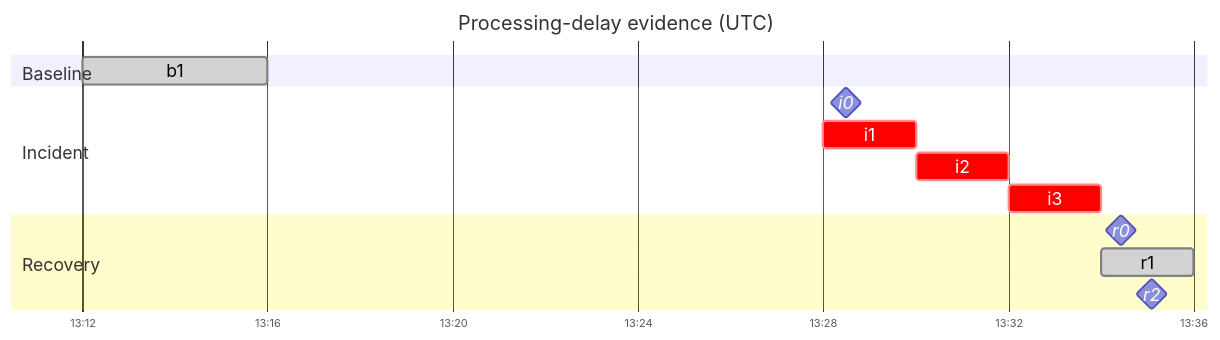
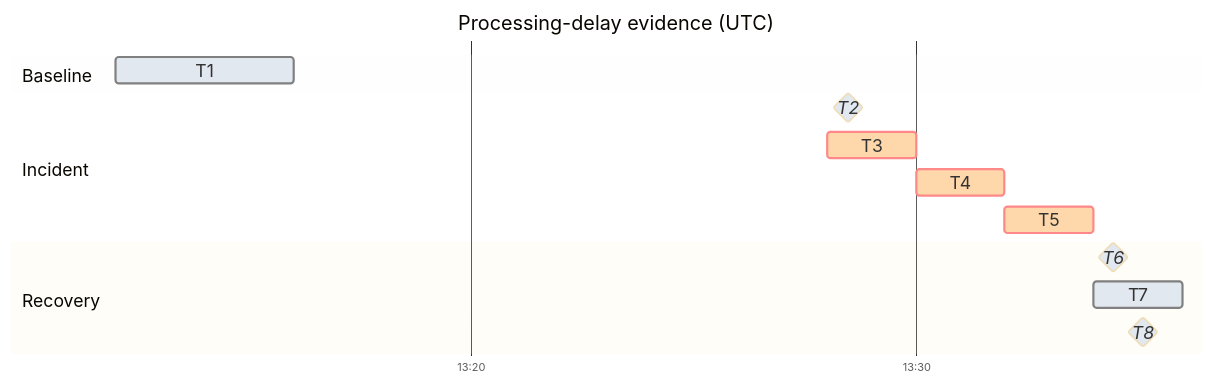
Before and after one commit to yeongseon/azure-functions-practical-guide: the fifth of 5 diagrams in docs/troubleshooting/lab-guides/event-hub-checkpoint-lag.md, drawn with Mermaid. The commit also changed other lines of this file and 1 other file, not shown here.

First line of the commit message:
docs(diagrams): improve processing-delay gantt legibility in both palettes

````diff
--- a/docs/troubleshooting/lab-guides/event-hub-checkpoint-lag.md
+++ b/docs/troubleshooting/lab-guides/event-hub-checkpoint-lag.md
@@ -964,21 +964,21 @@
 ```mermaid
-%%{init: {'gantt': {'fontSize': 16, 'sectionFontSize': 16, 'leftPadding': 65, 'rightPadding': 25, 'barHeight': 25}, 'themeVariables': {'fontSize': '16px'}}}%%
+%%{init: {"gantt":{"fontSize":16,"sectionFontSize":16,"leftPadding":95,"rightPadding":35,"barHeight":24,"barGap":10},"theme":"base","themeVariables":{"doneTaskBkgColor":"#e2e8f0","critBkgColor":"#fed7aa","taskBkgColor":"#e2e8f0"},"themeCSS":".grid .tick text{font-size:16px;fill:var(--md-default-fg-color);} .section{opacity:0;} .titleText{font-size:14px;fill:var(--md-default-fg-color);} .sectionTitle{fill:var(--md-default-fg-color);} .taskTextOutsideLeft,.taskTextOutsideRight{fill:var(--md-default-fg-color)!important;} .taskText{fill:#14202e!important;}"}}%%
 gantt
     accTitle: Historical processing-delay evidence timeline
     accDescr: UTC baseline, incident and recovery bins and delay-control milestones from the retained execution ledger. Short task keys are expanded below. All original start times, durations and statuses remain; this is not new Azure validation or a checkpoint-lag measurement.
     title Processing-delay evidence (UTC)
     dateFormat  HH:mm:ss
     axisFormat  %H:%M
-    tickInterval 4minute
+    tickInterval 10minute
     section Baseline
-    b1                                          :done, b1, 13:12:00, 4m
+    T1                                          :done, b1, 13:12:00, 4m
     section Incident
-    i0                                          :milestone, i0, 13:28:29, 0s
-    i1                                          :crit, i1, 13:28:00, 2m
-    i2                                          :crit, i2, 13:30:00, 2m
-    i3                                          :crit, i3, 13:32:00, 2m
+    T2                                          :milestone, i0, 13:28:29, 0s
+    T3                                          :crit, i1, 13:28:00, 2m
+    T4                                          :crit, i2, 13:30:00, 2m
+    T5                                          :crit, i3, 13:32:00, 2m
     section Recovery
-    r0                                          :milestone, r0, 13:34:26, 0s
-    r1                                          :done, r1, 13:34:00, 2m
-    r2                                          :milestone, r2, 13:35:06, 0s
+    T6                                          :milestone, r0, 13:34:26, 0s
+    T7                                          :done, r1, 13:34:00, 2m
+    T8                                          :milestone, r2, 13:35:06, 0s
 ```
````
